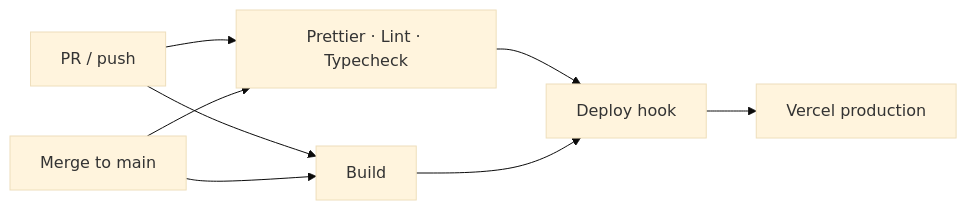
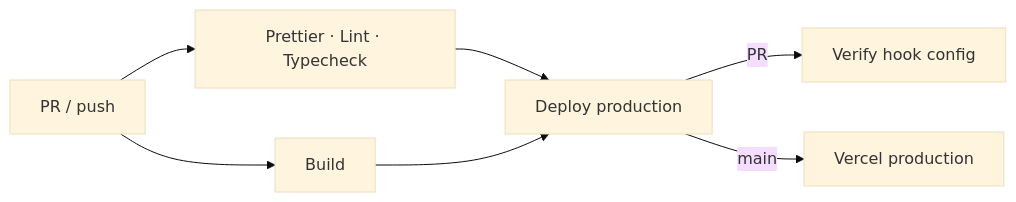
One commit to Lancerhawk/Hearth changed the sixth of 6 diagrams in README.md. Above: the diagram before and after it, drawn with Mermaid (base theme). The commit also changed other lines of this file and 1 other file, not shown here.

Commit message:
ci: verify deploy config on PRs, ship only on main
Run Deploy on PRs as a config check; only POST the Vercel hook after merge to main.

````diff
--- a/README.md
+++ b/README.md
@@ -205,10 +204,9 @@
 ```mermaid
 flowchart LR
   PR[PR / push] --> Q[Prettier · Lint · Typecheck]
   PR --> B[Build]
-  Main[Merge to main] --> Q
-  Main --> B
-  Q --> D[Deploy hook]
+  Q --> D[Deploy production]
   B --> D
-  D --> Prod[Vercel production]
+  D -->|PR| Verify[Verify hook config]
+  D -->|main| Prod[Vercel production]
 ```
````
